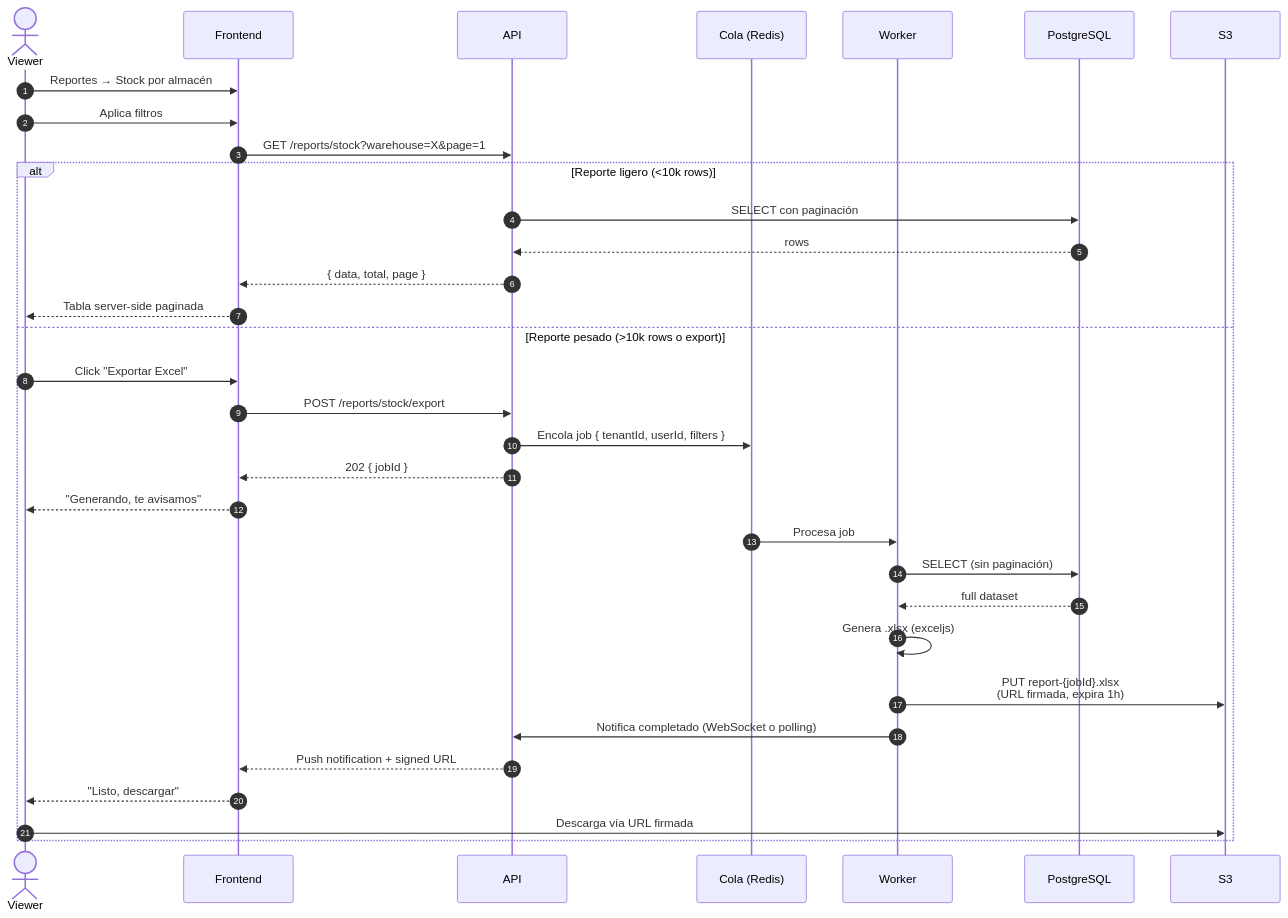
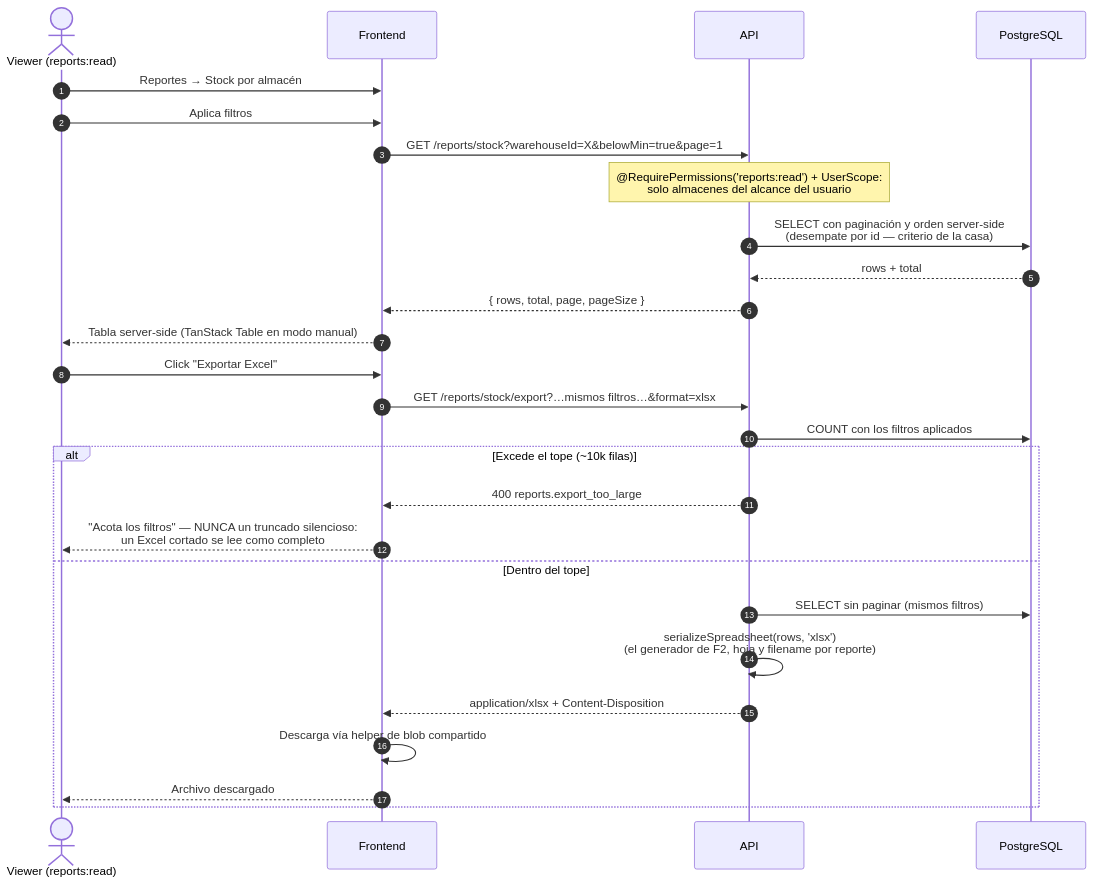
One commit to carloshlm/sellpoint changed diagram 12 of 13 in FLUJOS.md. Above: the diagram before and after it, drawn with Mermaid. The commit also changed other lines of this file and 4 other files, not shown here.

````diff
--- a/FLUJOS.md
+++ b/FLUJOS.md
@@ -543,38 +550,32 @@
 ```mermaid
 sequenceDiagram
     autonumber
-    actor V as Viewer
+    actor V as Viewer (reports:read)
     participant F as Frontend
     participant API as API
-    participant Q as Cola (Redis)
-    participant W as Worker
     participant DB as PostgreSQL
-    participant S3 as S3
 
     V->>F: Reportes → Stock por almacén
     V->>F: Aplica filtros
-    F->>API: GET /reports/stock?warehouse=X&page=1
+    F->>API: GET /reports/stock?warehouseId=X&belowMin=true&page=1
+    Note over API: @RequirePermissions('reports:read') + UserScope:<br/>solo almacenes del alcance del usuario
+    API->>DB: SELECT con paginación y orden server-side<br/>(desempate por id — criterio de la casa)
+    DB-->>API: rows + total
+    API-->>F: { rows, total, page, pageSize }
+    F-->>V: Tabla server-side (TanStack Table en modo manual)
 
-    alt Reporte ligero (<10k rows)
-        API->>DB: SELECT con paginación
-        DB-->>API: rows
-        API-->>F: { data, total, page }
-        F-->>V: Tabla server-side paginada
-    else Reporte pesado (>10k rows o export)
-        V->>F: Click "Exportar Excel"
-        F->>API: POST /reports/stock/export
-        API->>Q: Encola job { tenantId, userId, filters }
-        API-->>F: 202 { jobId }
-        F-->>V: "Generando, te avisamos"
+    V->>F: Click "Exportar Excel"
+    F->>API: GET /reports/stock/export?…mismos filtros…&format=xlsx
+    API->>DB: COUNT con los filtros aplicados
 
-        Q->>W: Procesa job
-        W->>DB: SELECT (sin paginación)
-        DB-->>W: full dataset
-        W->>W: Genera .xlsx (exceljs)
-        W->>S3: PUT report-{jobId}.xlsx<br/>(URL firmada, expira 1h)
-        W->>API: Notifica completado (WebSocket o polling)
-        API-->>F: Push notification + signed URL
-        F-->>V: "Listo, descargar"
-        V->>S3: Descarga vía URL firmada
+    alt Excede el tope (~10k filas)
+        API-->>F: 400 reports.export_too_large
+        F-->>V: "Acota los filtros" — NUNCA un truncado silencioso:<br/>un Excel cortado se lee como completo
+    else Dentro del tope
+        API->>DB: SELECT sin paginar (mismos filtros)
+        API->>API: serializeSpreadsheet(rows, 'xlsx')<br/>(el generador de F2, hoja y filename por reporte)
+        API-->>F: application/xlsx + Content-Disposition
+        F->>F: Descarga vía helper de blob compartido
+        F-->>V: Archivo descargado
     end
 ```
````
